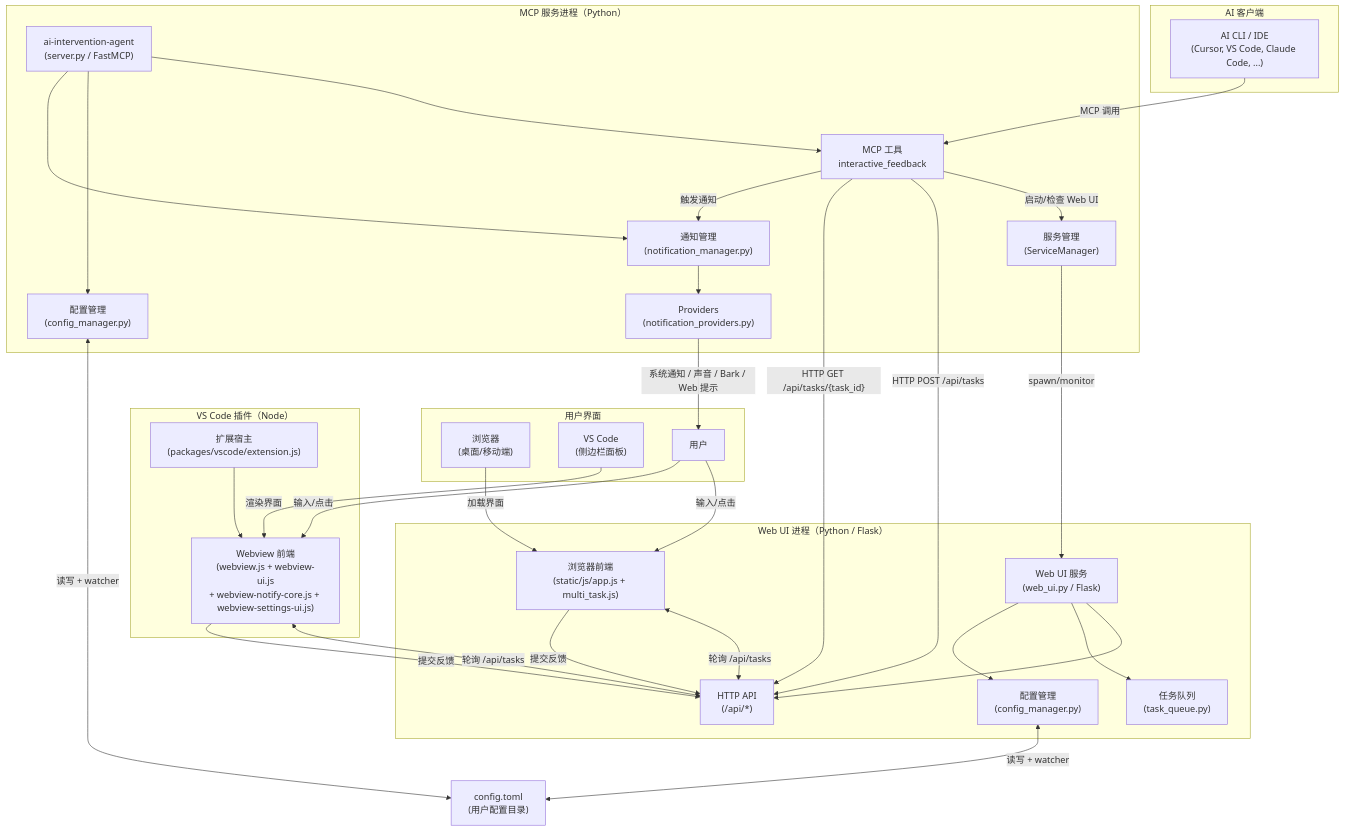
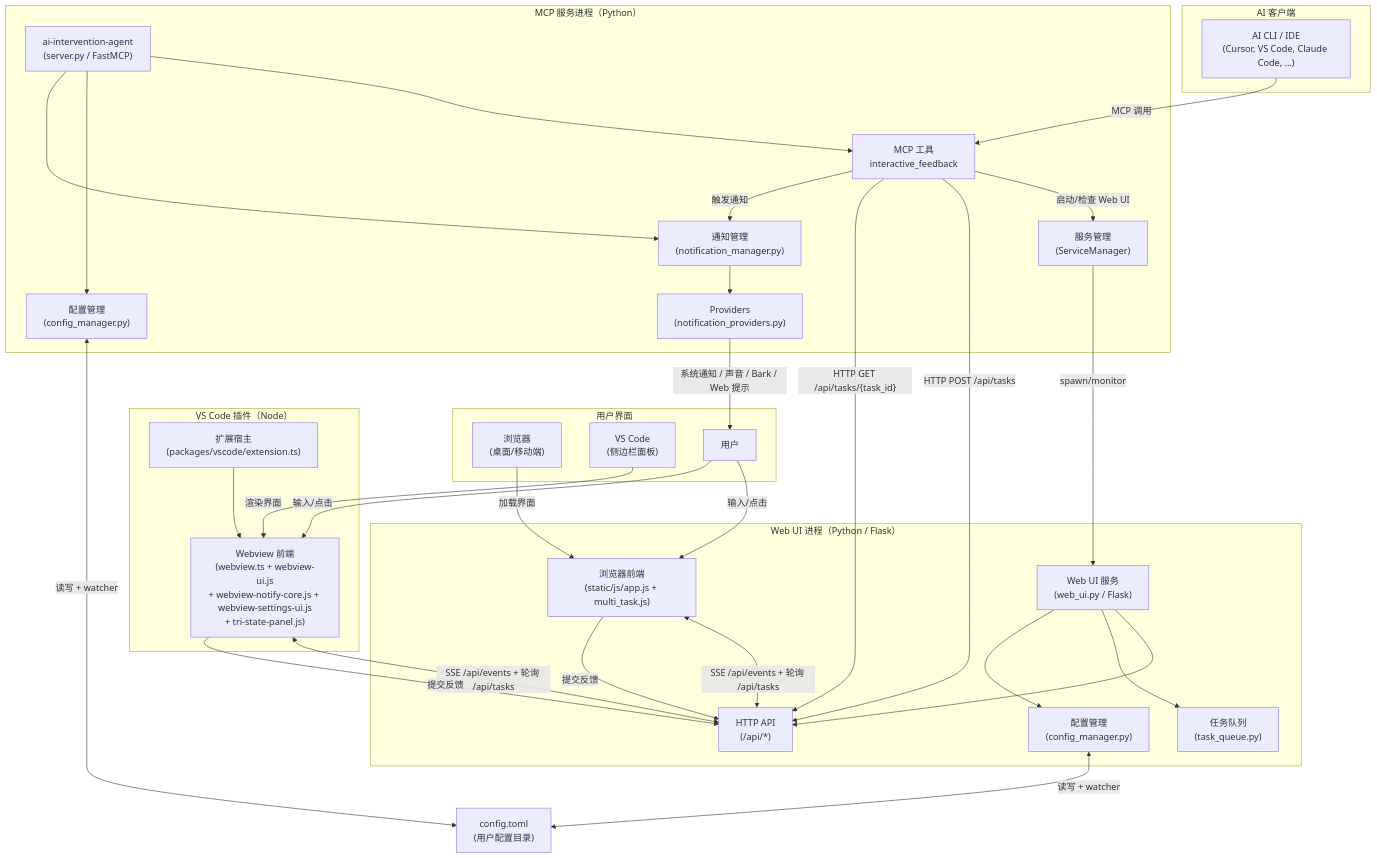
Before and after one commit to XIADENGMA/ai-intervention-agent: the diagram in README.zh-CN.md, drawn with Mermaid. The commit also changed other lines of this file and 8 other files, not shown here.

````diff
--- a/README.zh-CN.md
+++ b/README.zh-CN.md
@@ -223,66 +225,66 @@
 ```mermaid
 flowchart TD
   subgraph CLIENTS["AI 客户端"]
     AI_CLIENT["AI CLI / IDE<br/>(Cursor, VS Code, Claude Code, ...)"]
   end
 
   subgraph MCP_PROC["MCP 服务进程（Python）"]
     MCP_SRV["ai-intervention-agent<br/>(server.py / FastMCP)"]
     MCP_TOOL["MCP 工具<br/>interactive_feedback"]
     SVC_MGR["服务管理<br/>(ServiceManager)"]
     CFG_MGR_MCP["配置管理<br/>(config_manager.py)"]
     NOTIF_MGR["通知管理<br/>(notification_manager.py)"]
     NOTIF_PROVIDERS["Providers<br/>(notification_providers.py)"]
     MCP_SRV --> MCP_TOOL
     MCP_SRV --> CFG_MGR_MCP
     MCP_SRV --> NOTIF_MGR
     NOTIF_MGR --> NOTIF_PROVIDERS
   end
 
   subgraph WEB_PROC["Web UI 进程（Python / Flask）"]
     WEB_SRV["Web UI 服务<br/>(web_ui.py / Flask)"]
     WEB_CFG_MGR["配置管理<br/>(config_manager.py)"]
     HTTP_API["HTTP API<br/>(/api/*)"]
     TASK_Q["任务队列<br/>(task_queue.py)"]
     WEB_FRONTEND["浏览器前端<br/>(static/js/app.js + multi_task.js)"]
     WEB_SRV --> HTTP_API
     WEB_SRV --> TASK_Q
     WEB_SRV --> WEB_CFG_MGR
-    WEB_FRONTEND <-->|轮询 /api/tasks| HTTP_API
+    WEB_FRONTEND <-->|"SSE /api/events + 轮询 /api/tasks"| HTTP_API
     WEB_FRONTEND -->|提交反馈| HTTP_API
   end
 
   subgraph VSCODE_PROC["VS Code 插件（Node）"]
-    VSCODE_EXT["扩展宿主<br/>(packages/vscode/extension.js)"]
-    VSCODE_WEBVIEW["Webview 前端<br/>(webview.js + webview-ui.js<br/>+ webview-notify-core.js + webview-settings-ui.js)"]
+    VSCODE_EXT["扩展宿主<br/>(packages/vscode/extension.ts)"]
+    VSCODE_WEBVIEW["Webview 前端<br/>(webview.ts + webview-ui.js<br/>+ webview-notify-core.js + webview-settings-ui.js<br/>+ tri-state-panel.js)"]
     VSCODE_EXT --> VSCODE_WEBVIEW
-    VSCODE_WEBVIEW <-->|轮询 /api/tasks| HTTP_API
+    VSCODE_WEBVIEW <-->|"SSE /api/events + 轮询 /api/tasks"| HTTP_API
     VSCODE_WEBVIEW -->|提交反馈| HTTP_API
   end
 
   subgraph USER_UI["用户界面"]
     BROWSER["浏览器<br/>(桌面/移动端)"]
     VSCODE["VS Code<br/>(侧边栏面板)"]
     USER["用户"]
   end
 
   CFG_FILE["config.toml<br/>(用户配置目录)"]
 
   AI_CLIENT -->|MCP 调用| MCP_TOOL
   MCP_TOOL -->|启动/检查 Web UI| SVC_MGR
   SVC_MGR -->|spawn/monitor| WEB_SRV
 
   USER -->|输入/点击| WEB_FRONTEND
   USER -->|输入/点击| VSCODE_WEBVIEW
   BROWSER -->|加载界面| WEB_FRONTEND
   VSCODE -->|渲染界面| VSCODE_WEBVIEW
 
   MCP_TOOL -->|"HTTP POST /api/tasks"| HTTP_API
   MCP_TOOL -->|"HTTP GET /api/tasks/{task_id}"| HTTP_API
 
   WEB_CFG_MGR <-->|读写 + watcher| CFG_FILE
   CFG_MGR_MCP <-->|读写 + watcher| CFG_FILE
 
   MCP_TOOL -->|触发通知| NOTIF_MGR
   NOTIF_PROVIDERS -->|系统通知 / 声音 / Bark / Web 提示| USER
 ```
````
